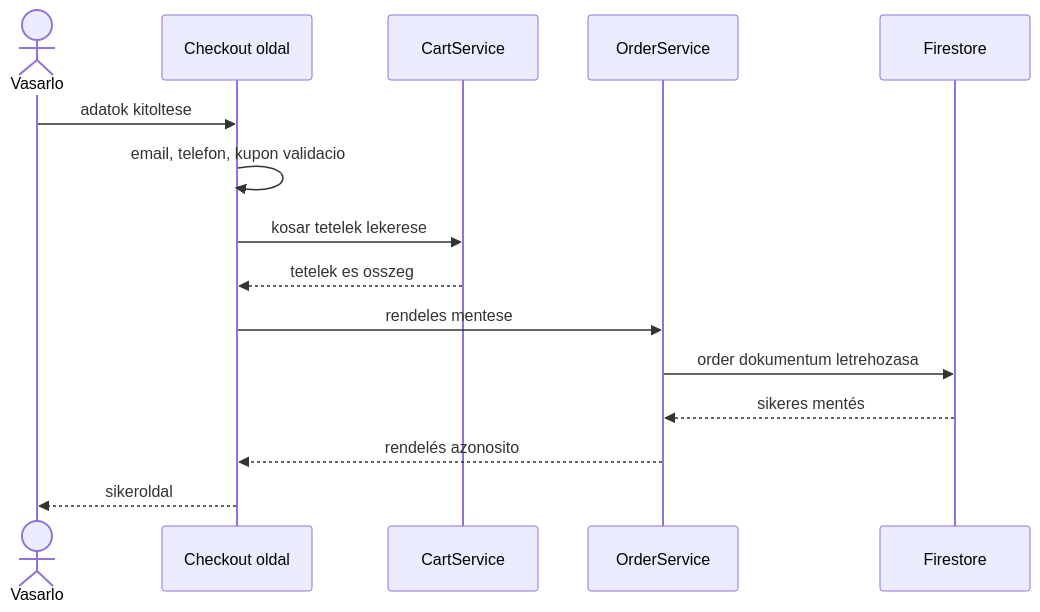
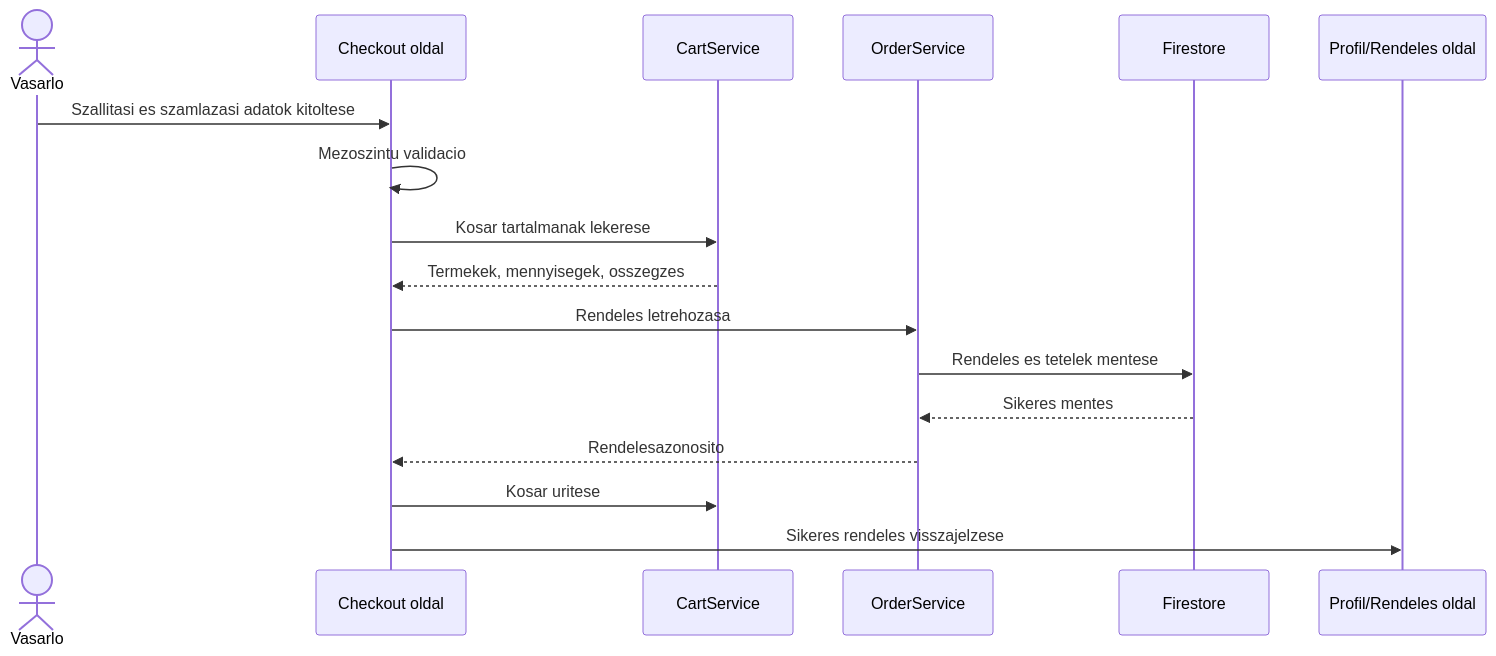
The fourth of 8 diagrams in docs/02_architecture/thesis_diagrams.md (deadinsideDawe/TDLWebshop), drawn with Mermaid before and after one commit. The commit also changed other lines of this file and 19 other files, not shown here.

````diff
--- a/docs/02_architecture/thesis_diagrams.md
+++ b/docs/02_architecture/thesis_diagrams.md
@@ -82,18 +224,20 @@
 ```mermaid
 sequenceDiagram
   actor User as Vasarlo
-  participant UI as Checkout oldal
+  participant Checkout as Checkout oldal
   participant Cart as CartService
   participant Order as OrderService
-  participant DB as Firestore
+  participant Firestore as Firestore
+  participant Profile as Profil/Rendeles oldal
 
-  User->>UI: adatok kitoltese
-  UI->>UI: email, telefon, kupon validacio
-  UI->>Cart: kosar tetelek lekerese
-  Cart-->>UI: tetelek es osszeg
-  UI->>Order: rendeles mentese
-  Order->>DB: order dokumentum letrehozasa
-  DB-->>Order: sikeres mentés
-  Order-->>UI: rendelés azonosito
-  UI-->>User: sikeroldal
+  User->>Checkout: Szallitasi es szamlazasi adatok kitoltese
+  Checkout->>Checkout: Mezoszintu validacio
+  Checkout->>Cart: Kosar tartalmanak lekerese
+  Cart-->>Checkout: Termekek, mennyisegek, osszegzes
+  Checkout->>Order: Rendeles letrehozasa
+  Order->>Firestore: Rendeles es tetelek mentese
+  Firestore-->>Order: Sikeres mentes
+  Order-->>Checkout: Rendelesazonosito
+  Checkout->>Cart: Kosar uritese
+  Checkout->>Profile: Sikeres rendeles visszajelzese
 ```
````
